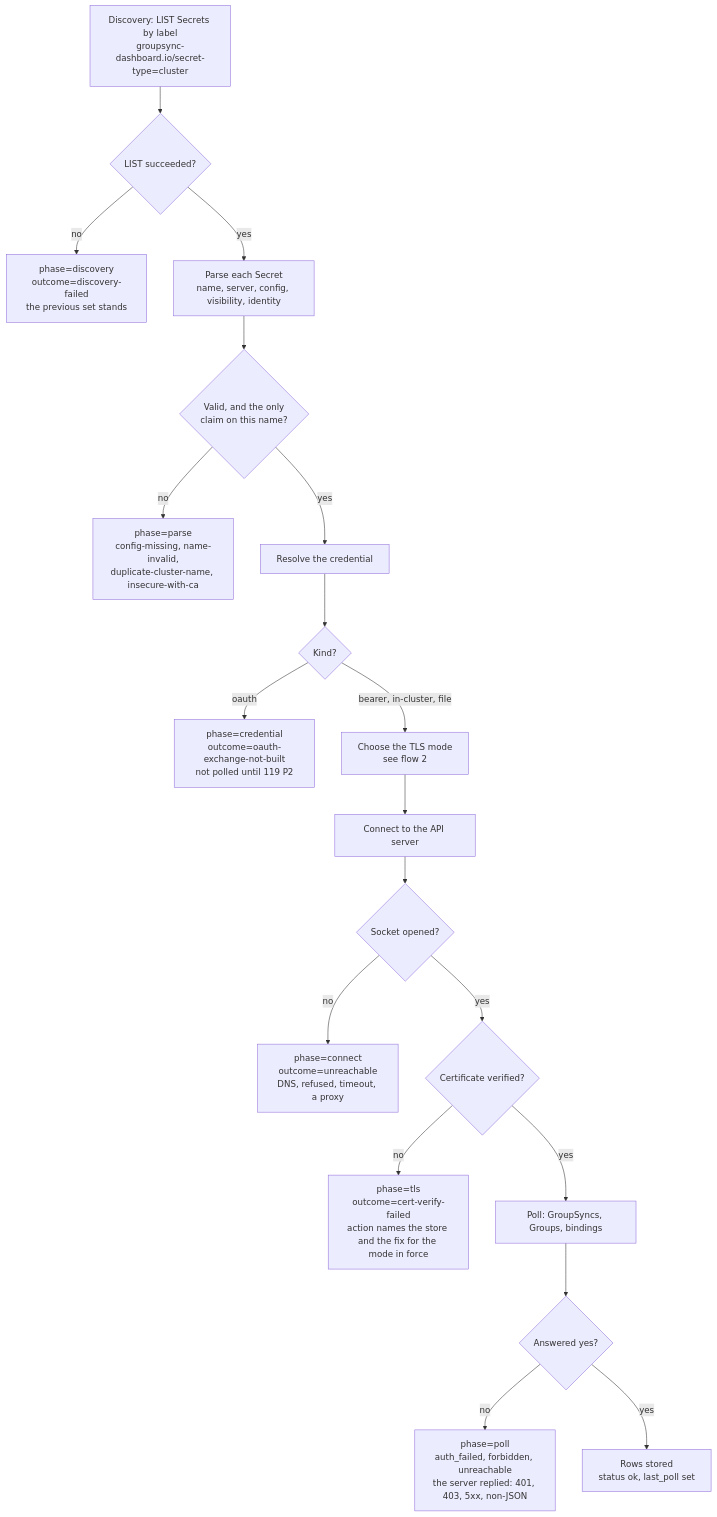
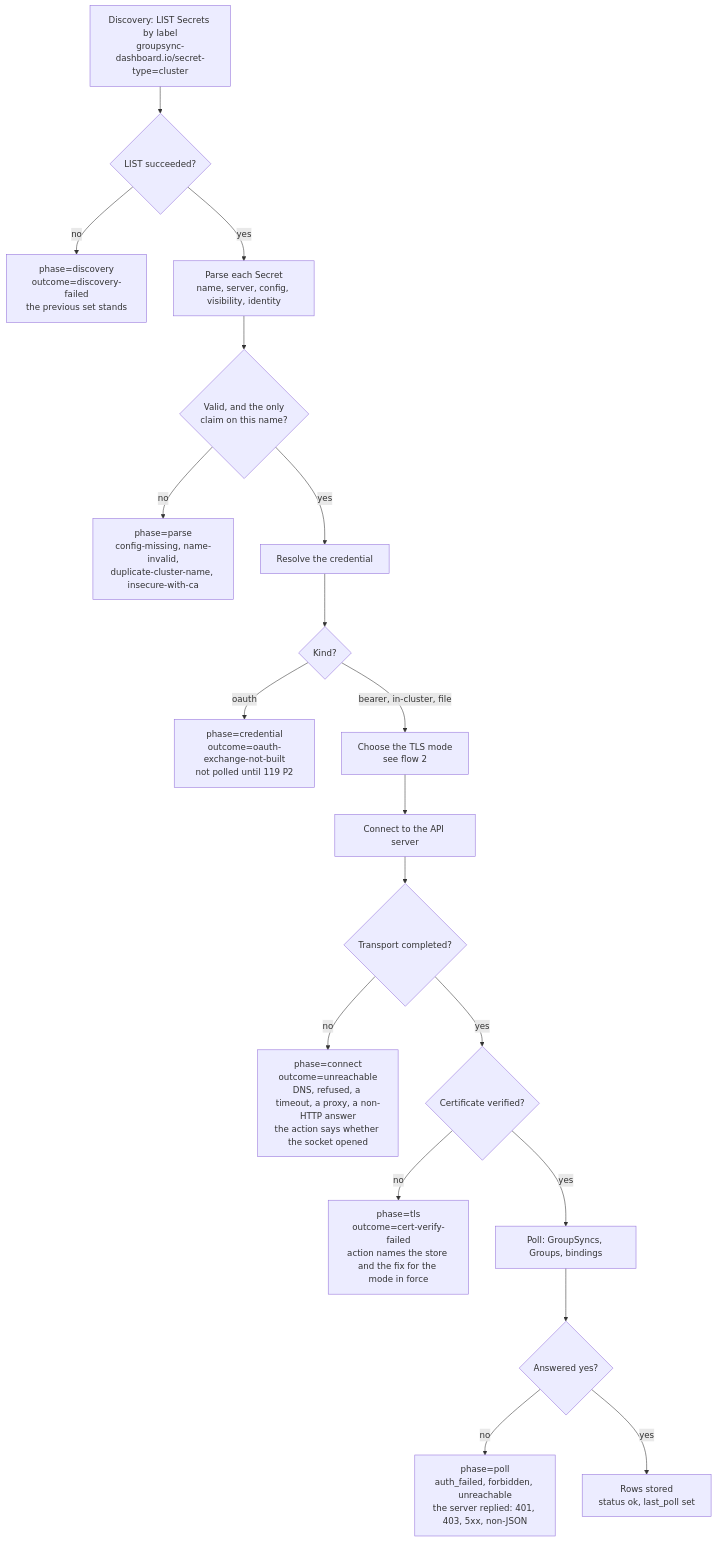
The first of 4 diagrams in docs/DESIGN_cluster_connection_flows.md (ephico2real2/group-sync-dashboard), drawn with Mermaid before and after one commit. The commit also changed other lines of this file and 7 other files, not shown here.

````diff
--- a/docs/DESIGN_cluster_connection_flows.md
+++ b/docs/DESIGN_cluster_connection_flows.md
@@ -25,21 +25,21 @@
 ```mermaid
 flowchart TD
     A["Discovery: LIST Secrets by label<br/>groupsync-dashboard.io/secret-type=cluster"] --> B{"LIST succeeded?"}
     B -- "no" --> BF["phase=discovery<br/>outcome=discovery-failed<br/>the previous set stands"]
     B -- "yes" --> C["Parse each Secret<br/>name, server, config, visibility, identity"]
     C --> D{"Valid, and the only<br/>claim on this name?"}
     D -- "no" --> DF["phase=parse<br/>config-missing, name-invalid,<br/>duplicate-cluster-name, insecure-with-ca"]
     D -- "yes" --> E["Resolve the credential"]
     E --> F{"Kind?"}
     F -- "oauth" --> FF["phase=credential<br/>outcome=oauth-exchange-not-built<br/>not polled until 119 P2"]
     F -- "bearer, in-cluster, file" --> G["Choose the TLS mode<br/>see flow 2"]
     G --> H["Connect to the API server"]
-    H --> H2{"Socket opened?"}
-    H2 -- "no" --> HF["phase=connect<br/>outcome=unreachable<br/>DNS, refused, timeout, a proxy"]
+    H --> H2{"Transport completed?"}
+    H2 -- "no" --> HF["phase=connect<br/>outcome=unreachable<br/>DNS, refused, a timeout, a proxy, a non-HTTP answer<br/>the action says whether the socket opened"]
     H2 -- "yes" --> I{"Certificate verified?"}
     I -- "no" --> IF["phase=tls<br/>outcome=cert-verify-failed<br/>action names the store and the fix for the mode in force"]
     I -- "yes" --> J["Poll: GroupSyncs, Groups, bindings"]
     J --> K{"Answered yes?"}
     K -- "no" --> KF["phase=poll<br/>auth_failed, forbidden, unreachable<br/>the server replied: 401, 403, 5xx, non-JSON"]
     K -- "yes" --> L["Rows stored<br/>status ok, last_poll set"]
 ```
````
